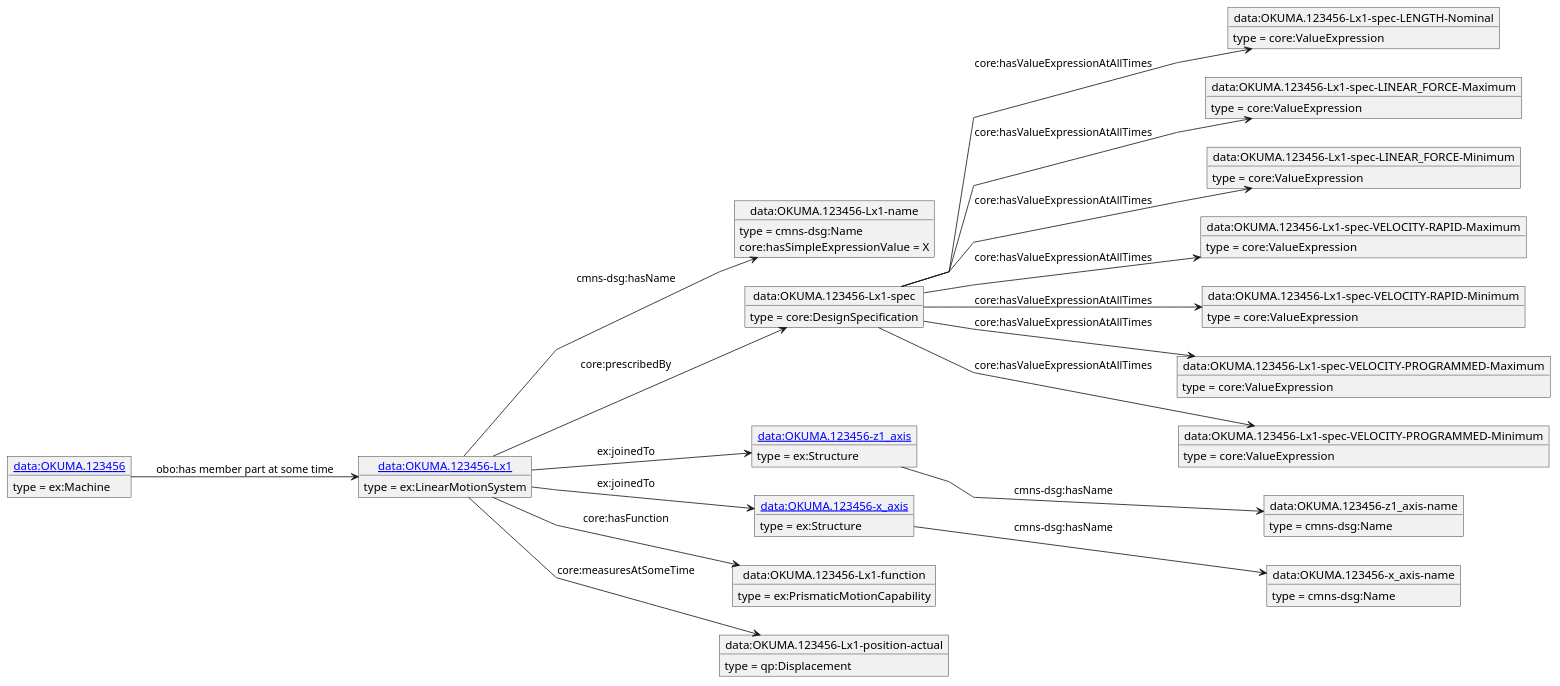
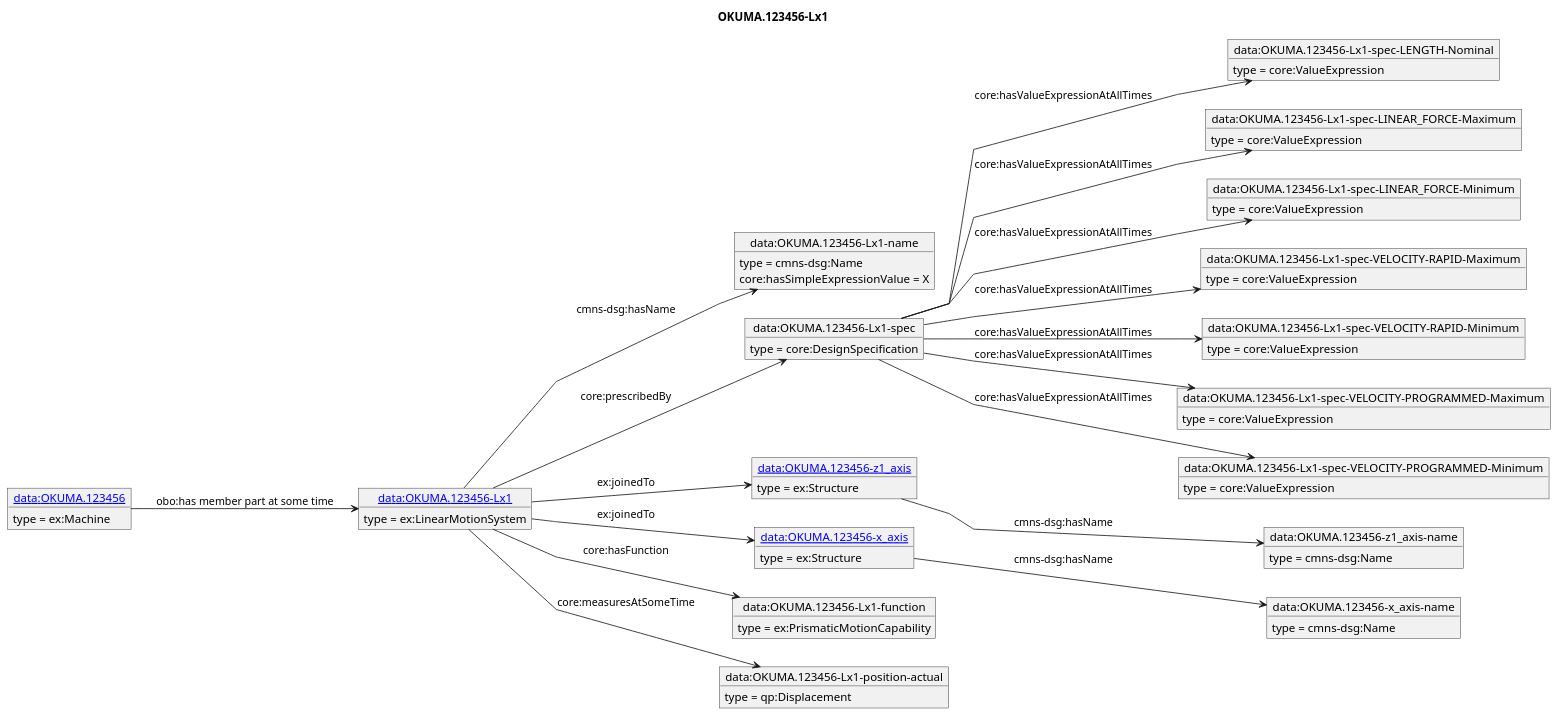
The diagram in diagrams/OKUMA.123456-Lx1.puml (iofoundry/example-syseng-mtconnect), drawn with PlantUML before and after one commit. The commit also changed 140 other files, not shown here.

```diff
--- a/diagrams/OKUMA.123456-Lx1.puml
+++ b/diagrams/OKUMA.123456-Lx1.puml
@@ -1,72 +1,73 @@
 @startuml
 skinparam linetype polyline
 left to right direction
+title OKUMA.123456-Lx1
 object "[[./OKUMA.123456-Lx1.html data:OKUMA.123456-Lx1]]" as o1 {
  type = ex:LinearMotionSystem
  }
 object "data:OKUMA.123456-Lx1-name" as o2 {
  type = cmns-dsg:Name
  }
 object "data:OKUMA.123456-Lx1-spec" as o3 {
  type = core:DesignSpecification
  }
 object "data:OKUMA.123456-Lx1-spec-LENGTH-Nominal" as o4 {
  type = core:ValueExpression
  }
 object "data:OKUMA.123456-Lx1-spec-LINEAR_FORCE-Maximum" as o5 {
  type = core:ValueExpression
  }
 object "data:OKUMA.123456-Lx1-spec-LINEAR_FORCE-Minimum" as o6 {
  type = core:ValueExpression
  }
 object "data:OKUMA.123456-Lx1-spec-VELOCITY-RAPID-Maximum" as o7 {
  type = core:ValueExpression
  }
 object "data:OKUMA.123456-Lx1-spec-VELOCITY-RAPID-Minimum" as o8 {
  type = core:ValueExpression
  }
 object "data:OKUMA.123456-Lx1-spec-VELOCITY-PROGRAMMED-Maximum" as o9 {
  type = core:ValueExpression
  }
 object "data:OKUMA.123456-Lx1-spec-VELOCITY-PROGRAMMED-Minimum" as o10 {
  type = core:ValueExpression
  }
 object "[[./OKUMA.123456-z1_axis.html data:OKUMA.123456-z1_axis]]" as o11 {
  type = ex:Structure
  }
 object "data:OKUMA.123456-z1_axis-name" as o12 {
  type = cmns-dsg:Name
  }
 object "[[./OKUMA.123456-x_axis.html data:OKUMA.123456-x_axis]]" as o13 {
  type = ex:Structure
  }
 object "data:OKUMA.123456-x_axis-name" as o14 {
  type = cmns-dsg:Name
  }
 object "data:OKUMA.123456-Lx1-function" as o15 {
  type = ex:PrismaticMotionCapability
  }
 object "data:OKUMA.123456-Lx1-position-actual" as o16 {
  type = qp:Displacement
  }
 object "[[./OKUMA.123456.html data:OKUMA.123456]]" as o17 {
  type = ex:Machine
  }
 o1 --> o2 : cmns-dsg:hasName
 o2 : core:hasSimpleExpressionValue = X
 o1 --> o3 : core:prescribedBy
 o3 --> o4 : core:hasValueExpressionAtAllTimes
 o3 --> o5 : core:hasValueExpressionAtAllTimes
 o3 --> o6 : core:hasValueExpressionAtAllTimes
 o3 --> o7 : core:hasValueExpressionAtAllTimes
 o3 --> o8 : core:hasValueExpressionAtAllTimes
 o3 --> o9 : core:hasValueExpressionAtAllTimes
 o3 --> o10 : core:hasValueExpressionAtAllTimes
 o1 --> o11 : ex:joinedTo
 o11 --> o12 : cmns-dsg:hasName
 o1 --> o13 : ex:joinedTo
 o13 --> o14 : cmns-dsg:hasName
 o1 --> o15 : core:hasFunction
 o1 --> o16 : core:measuresAtSomeTime
 o17 --> o1 : obo:has member part at some time
 @enduml
```
